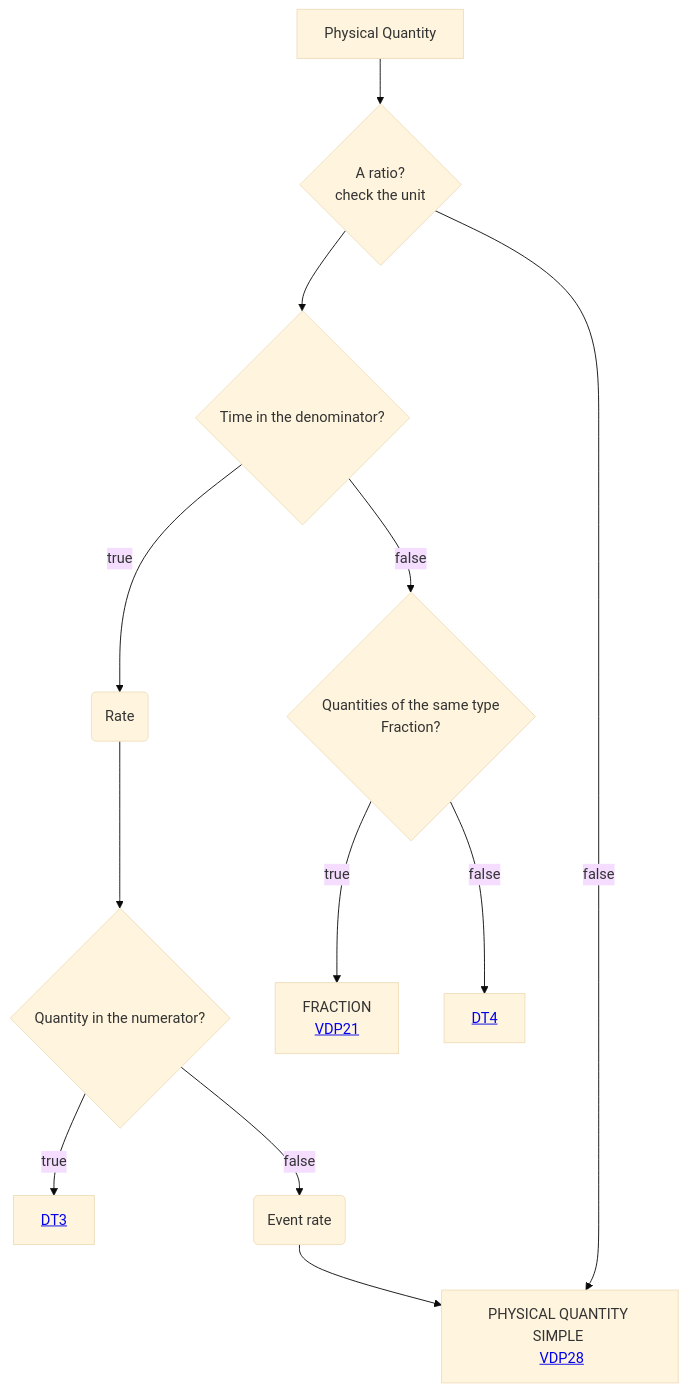
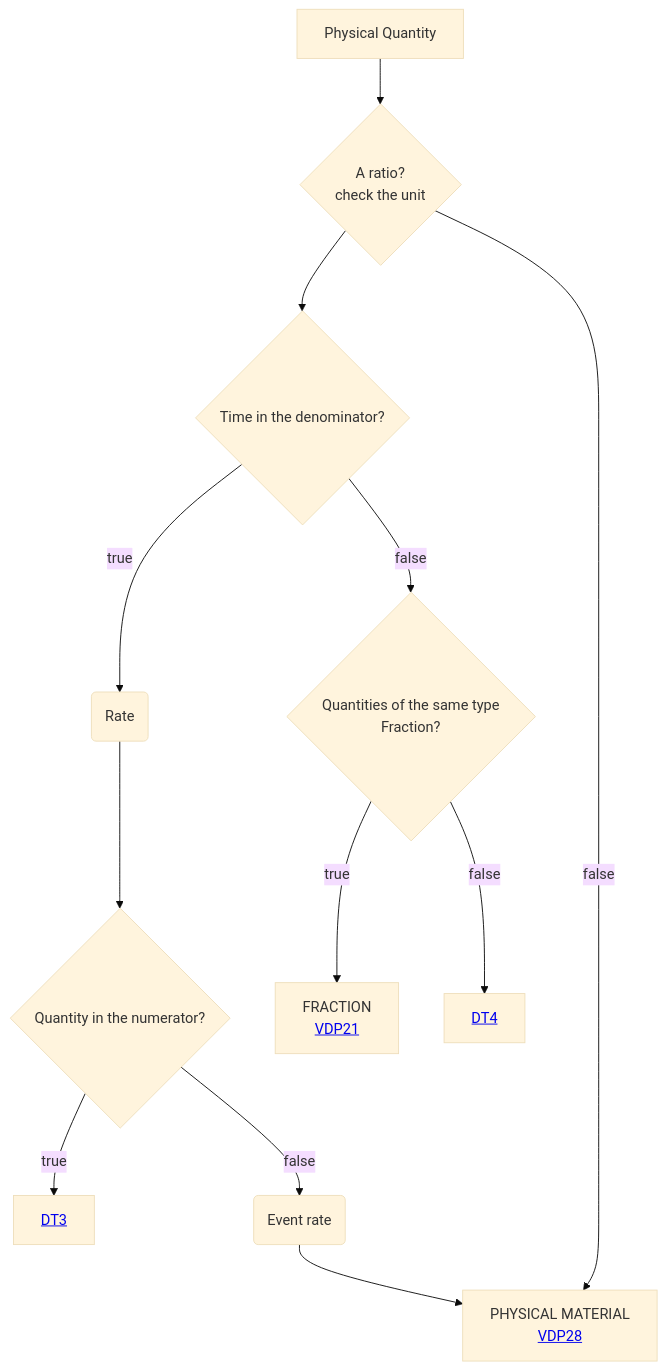
The diagram in Decisition_trees/DT2.mmd (mabablue/I-ADOPT-patterns-playground), drawn with Mermaid (base theme) before and after one commit.

Commit message:
Update label for false branch in flowchart

```diff
--- a/Decisition_trees/DT2.mmd
+++ b/Decisition_trees/DT2.mmd
@@ -1,12 +1,12 @@
 flowchart TD
     A[Physical Quantity] --> B{A ratio?<br>check the unit}
     B --> C{Time in the denominator?} 
-    B --> |false|I[PHYSICAL QUANTITY SIMPLE <br> <a href='https://github.com/mabablue/I-ADOPT-patterns-playground/blob/main/pattern/VDP28.yaml'>VDP28</a>]
+    B --> |false|I[PHYSICAL MATERIAL <br> <a href='https://github.com/mabablue/I-ADOPT-patterns-playground/blob/main/pattern/VDP28.yaml'>VDP28</a>]
     C --> |true|MN(Rate) 
     MN --> N{Quantity in the numerator?}
     C --> |false|D{Quantities of the same type <br> Fraction?}
     N --> |true|E[<a href='https://github.com/mabablue/I-ADOPT-patterns-playground/blob/main/Decisition_trees/DT3.mmd'>DT3</a>]
     N --> |false|O(Event rate)
     O --> I
     D --> |true|J[FRACTION <br> <a href='https://github.com/mabablue/I-ADOPT-patterns-playground/blob/main/pattern/VDP21.yaml'>VDP21</a>]
     D --> |false|P[<a href='https://github.com/mabablue/I-ADOPT-patterns-playground/blob/main/Decisition_trees/DT3.mmd'>DT4</a>]
```
